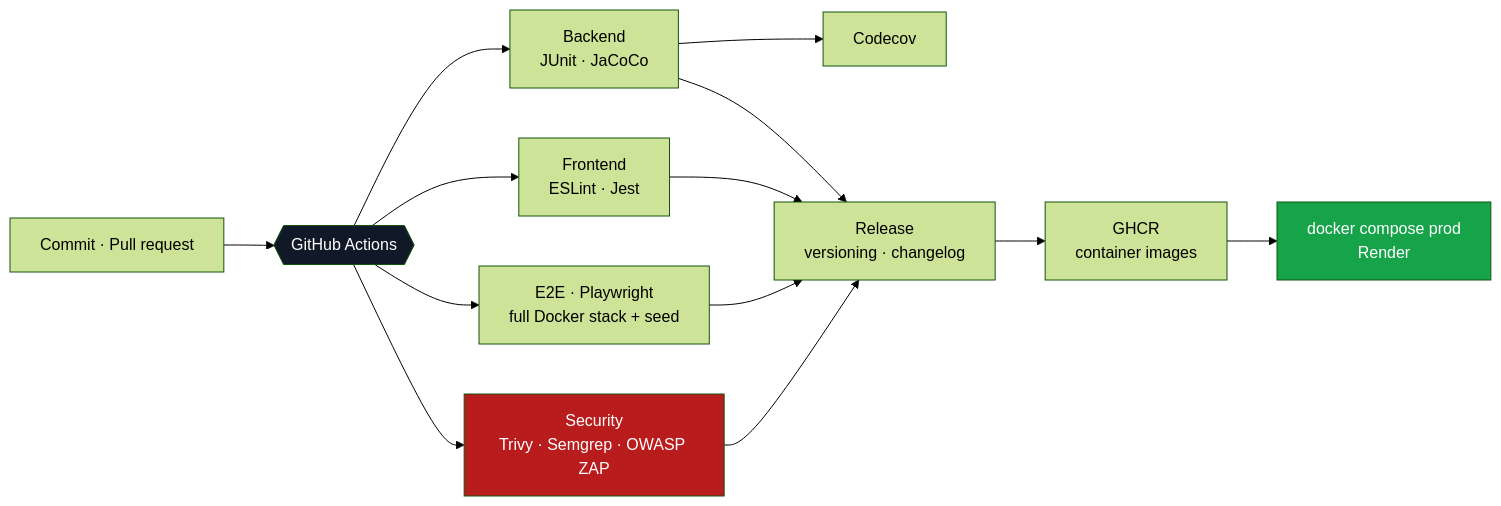
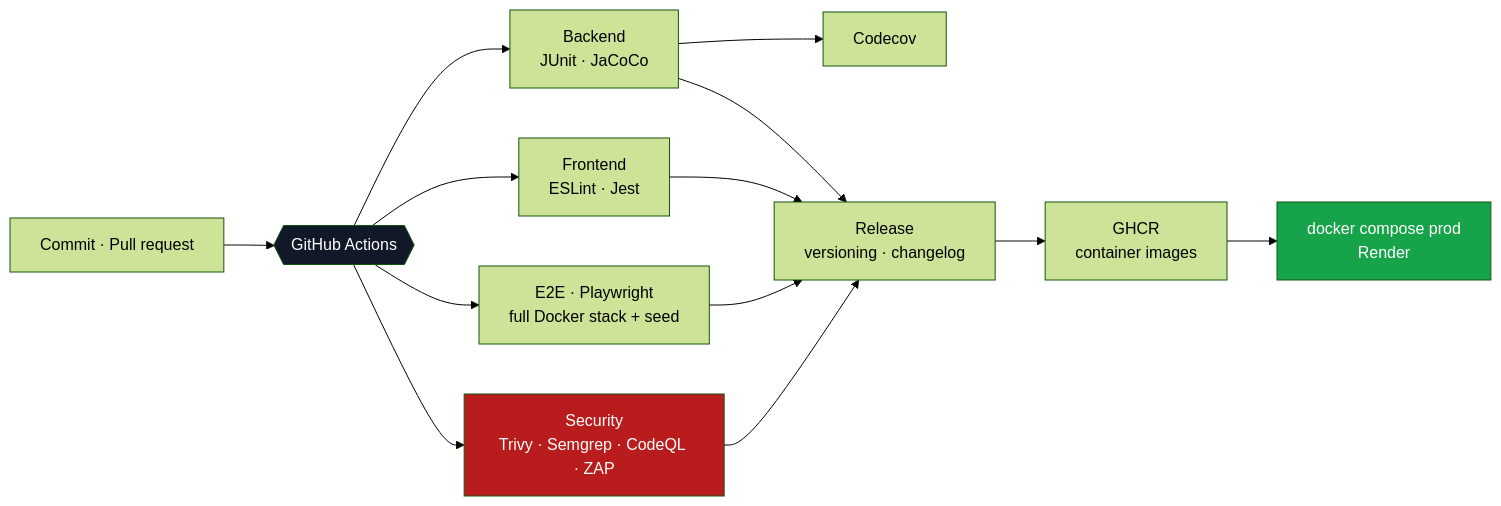
Before and after one commit to taskforce-project/.github: the second of 3 diagrams in profile/README.md, drawn with Mermaid (forest theme). The commit also changed other lines of this file and 11 other files, not shown here.

````diff
--- a/profile/README.md
+++ b/profile/README.md
@@ -160,22 +186,22 @@
 ```mermaid
 flowchart LR
     PR["Commit · Pull request"] --> CI{{"GitHub Actions"}}
 
     CI --> BT["Backend<br/>JUnit · JaCoCo"]
     CI --> FT["Frontend<br/>ESLint · Jest"]
     CI --> E2E["E2E · Playwright<br/>full Docker stack + seed"]
-    CI --> SEC["Security<br/>Trivy · Semgrep · OWASP ZAP"]
+    CI --> SEC["Security<br/>Trivy · Semgrep · CodeQL · ZAP"]
 
     BT --> COV["Codecov"]
     BT --> REL
     FT --> REL
     E2E --> REL
     SEC --> REL["Release<br/>versioning · changelog"]
 
     REL --> IMG["GHCR<br/>container images"]
     IMG --> PROD["docker compose prod<br/>Render"]
 
     style CI fill:#111827,color:#fff
     style SEC fill:#b91c1c,color:#fff
     style PROD fill:#16a34a,color:#fff
 ```
````
